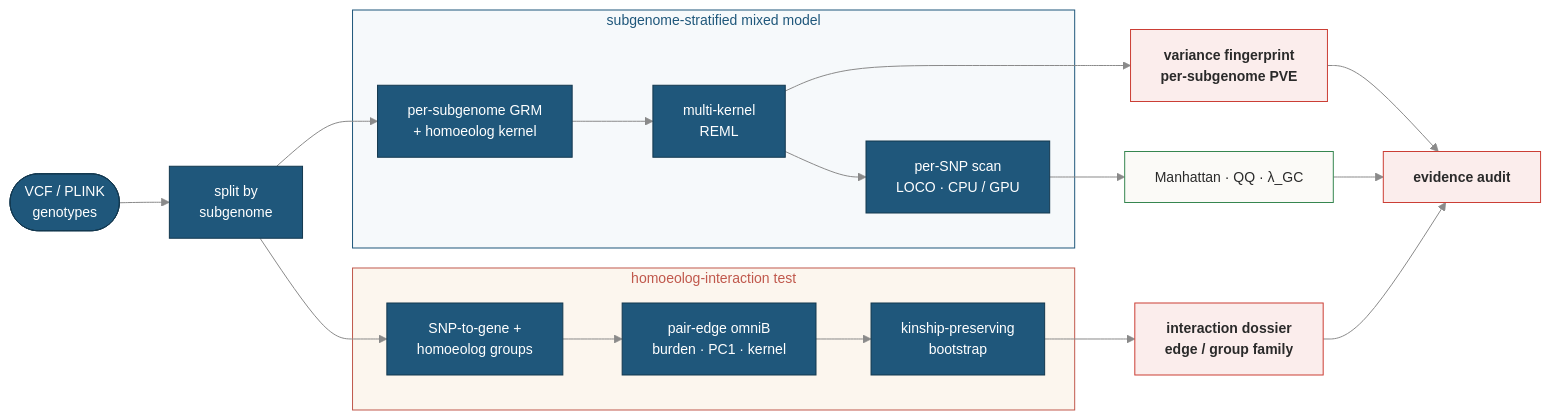
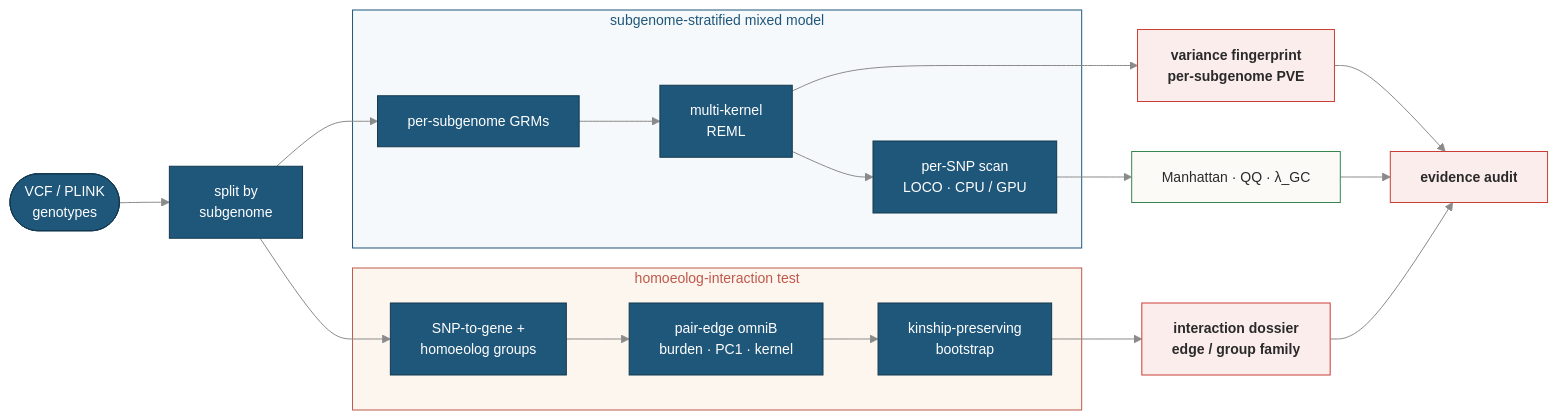
One commit to Shipeng-Yang/HomoeoGWAS changed the diagram in README.md. Above: the diagram before and after it, drawn with Mermaid. The commit also changed other lines of this file and 14 other files, not shown here.

````diff
--- a/README.md
+++ b/README.md
@@ -166,33 +176,33 @@
 ```mermaid
 %%{init: {"theme":"base","themeVariables":{"fontFamily":"Helvetica, Arial, sans-serif","fontSize":"14px","lineColor":"#8A8A8A"}}}%%
 flowchart LR
     G(["VCF / PLINK<br/>genotypes"]) --> S["split by<br/>subgenome"]
 
     subgraph MODEL["subgenome-stratified mixed model"]
-        K["per-subgenome GRM<br/>+ homoeolog kernel"] --> R["multi-kernel<br/>REML"]
+        K["per-subgenome GRMs"] --> R["multi-kernel<br/>REML"]
         R --> SC["per-SNP scan<br/>LOCO · CPU / GPU"]
     end
 
     subgraph INT["homoeolog-interaction test"]
         I["SNP-to-gene +<br/>homoeolog groups"] --> N["pair-edge omniB<br/>burden · PC1 · kernel"]
         N --> C["kinship-preserving<br/>bootstrap"]
     end
 
     S --> K
     S --> I
     R --> V["variance fingerprint<br/>per-subgenome PVE"]
     SC --> O["Manhattan · QQ · λ_GC"]
     C --> W["interaction dossier<br/>edge / group family"]
     V --> A["evidence audit"]
     O --> A
     W --> A
 
     classDef stage fill:#1F577B,stroke:#13384f,color:#ffffff;
     classDef out   fill:#FBFAF7,stroke:#368650,color:#2A2A2A;
     classDef star  fill:#FBEDEC,stroke:#CB3E35,color:#2A2A2A,font-weight:bold;
     class G,S,K,R,SC,I,N,C stage;
     class O out;
     class V,W,A star;
     style MODEL fill:#F6F9FB,stroke:#1F577B,color:#1F577B;
     style INT   fill:#FCF6EE,stroke:#C0584C,color:#C0584C;
 ```
````
